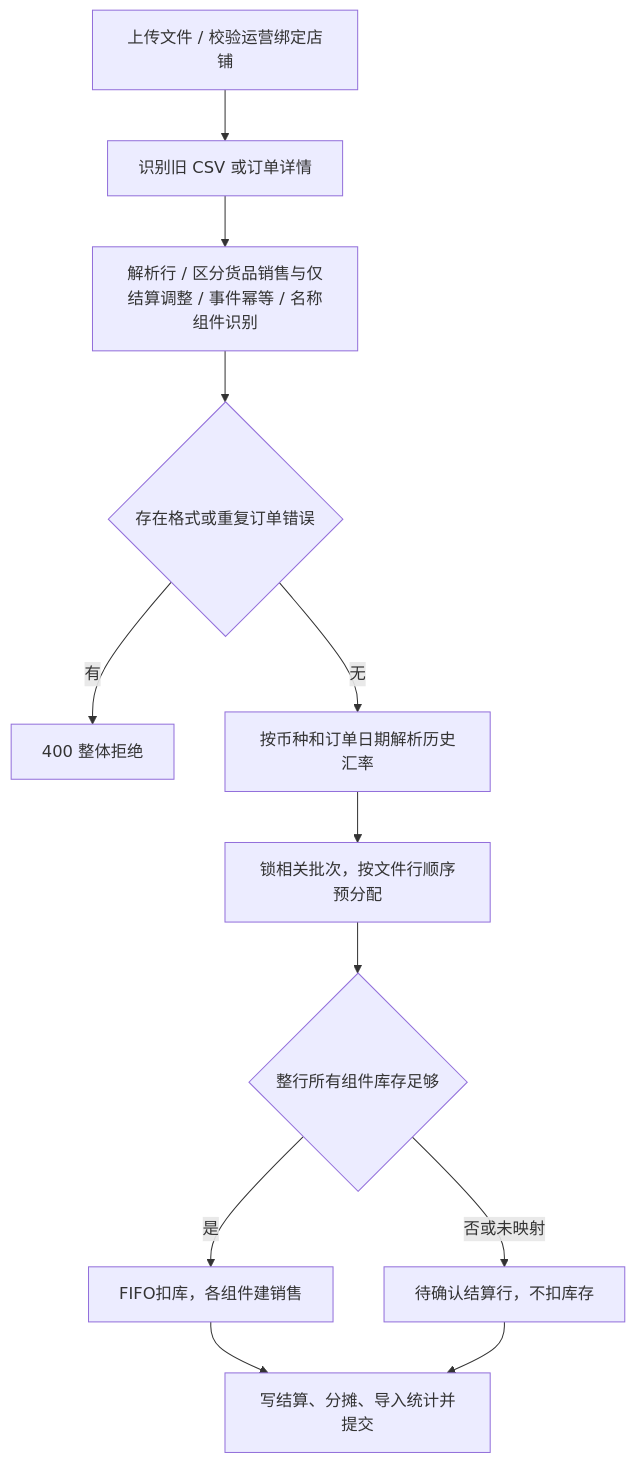
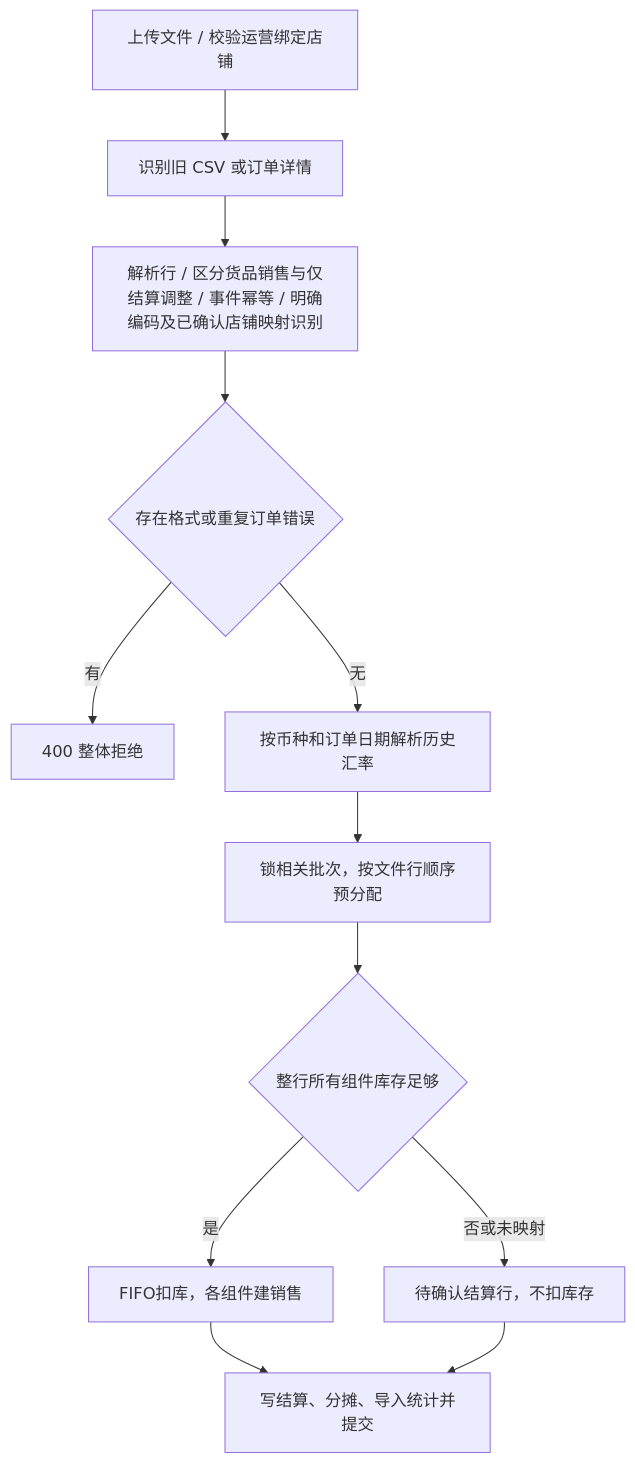
The first of 2 diagrams in docs/modules/sales/workflow.md (yueweiit/FastAPIProject), drawn with Mermaid before and after one commit. The commit also changed other lines of this file and 17 other files, not shown here.

````diff
--- a/docs/modules/sales/workflow.md
+++ b/docs/modules/sales/workflow.md
@@ -121,14 +127,14 @@
 ```mermaid
 flowchart TD
     A["上传文件 / 校验运营绑定店铺"] --> B["识别旧 CSV 或订单详情"]
-    B --> C["解析行 / 区分货品销售与仅结算调整 / 事件幂等 / 名称组件识别"]
+    B --> C["解析行 / 区分货品销售与仅结算调整 / 事件幂等 / 明确编码及已确认店铺映射识别"]
     C --> D{"存在格式或重复订单错误"}
     D -->|"有"| E["400 整体拒绝"]
     D -->|"无"| F["按币种和订单日期解析历史汇率"]
     F --> G["锁相关批次，按文件行顺序预分配"]
     G --> H{"整行所有组件库存足够"}
     H -->|"是"| I["FIFO扣库，各组件建销售"]
     H -->|"否或未映射"| J["待确认结算行，不扣库存"]
     I --> K["写结算、分摊、导入统计并提交"]
     J --> K
 ```
````
